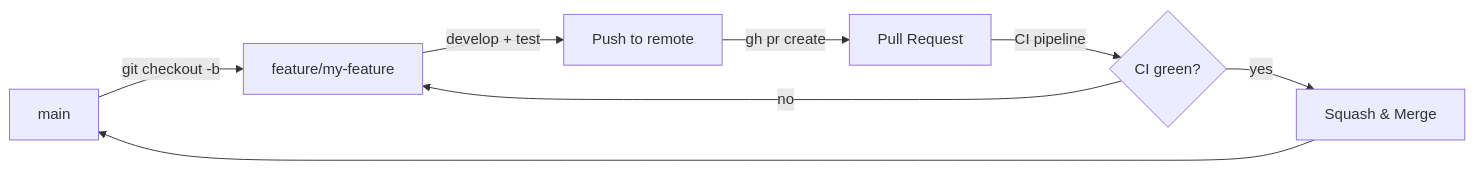
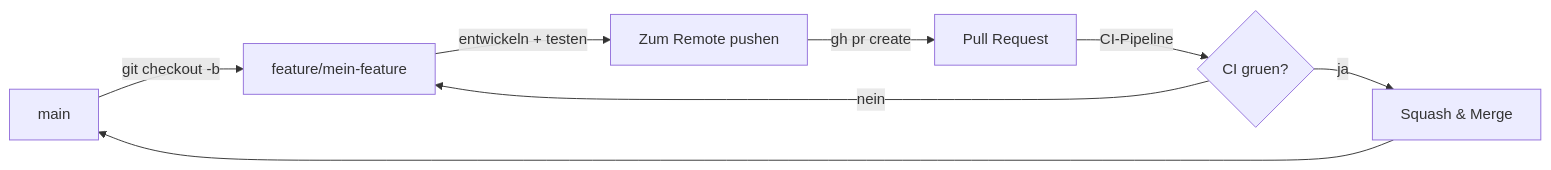
The first of 2 diagrams in CONTRIBUTING.md (Paddione/Bachelorprojekt), drawn with Mermaid before and after one commit. The commit also changed other lines of this file and 19 other files, not shown here.

````diff
--- a/CONTRIBUTING.md
+++ b/CONTRIBUTING.md
@@ -17,10 +17,10 @@
 ```mermaid
 flowchart LR
-    A[main] -->|git checkout -b| B[feature/my-feature]
-    B -->|develop + test| C[Push to remote]
+    A[main] -->|git checkout -b| B[feature/mein-feature]
+    B -->|entwickeln + testen| C[Zum Remote pushen]
     C -->|gh pr create| D[Pull Request]
-    D -->|CI pipeline| E{CI green?}
-    E -->|yes| F[Squash & Merge]
-    E -->|no| B
+    D -->|CI-Pipeline| E{CI gruen?}
+    E -->|ja| F[Squash & Merge]
+    E -->|nein| B
     F --> A
 ```
````
